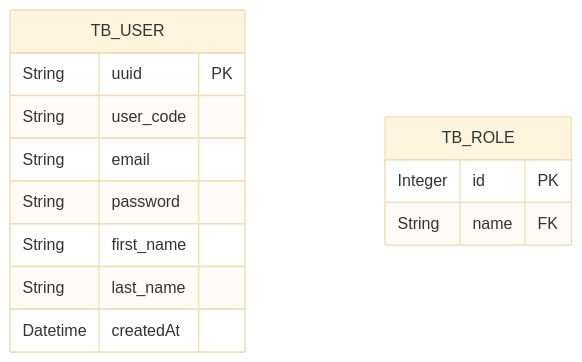
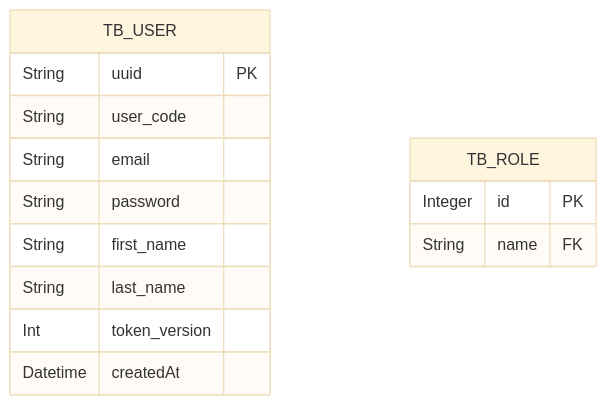
One commit to AriTedeschi/AuthenticationTemplate changed the diagram in README.MD. Above: the diagram before and after it, drawn with Mermaid (base theme). The commit also changed other lines of this file and 17 other files, not shown here.

````diff
--- a/README.MD
+++ b/README.MD
@@ -49,17 +43,18 @@
 ```mermaid
 erDiagram
     TB_USER {
         String uuid PK
         String user_code
         String email
         String password
         String first_name
         String last_name
+        Int token_version
         Datetime createdAt
     }
     
     TB_ROLE {
         Integer id PK
         String name FK
     }
 ```
````
